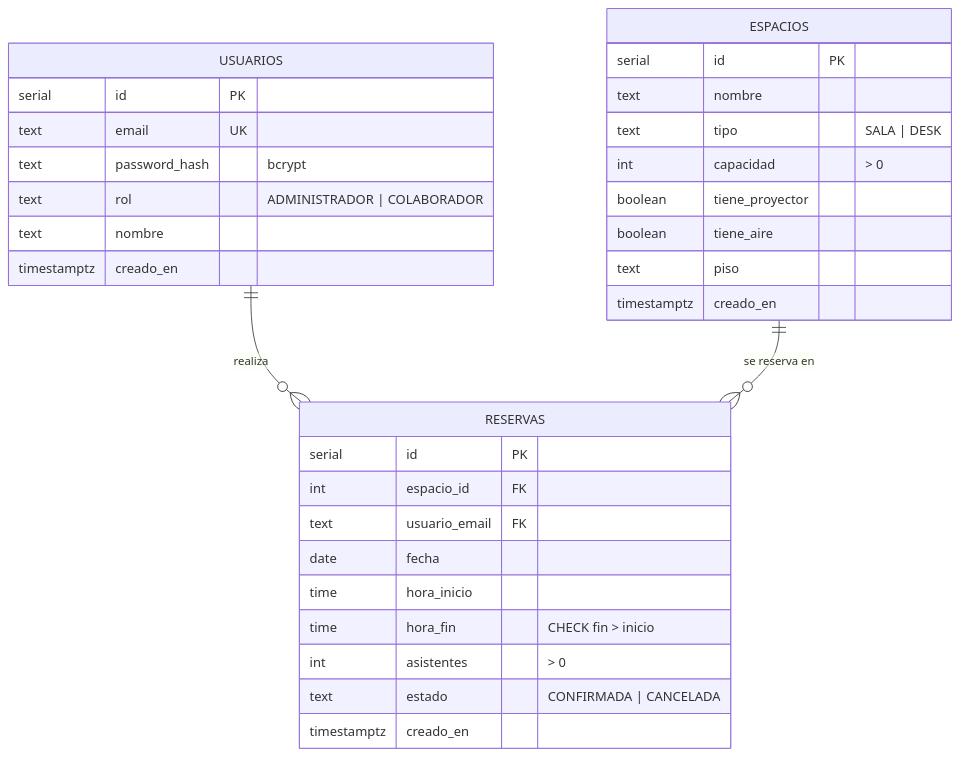
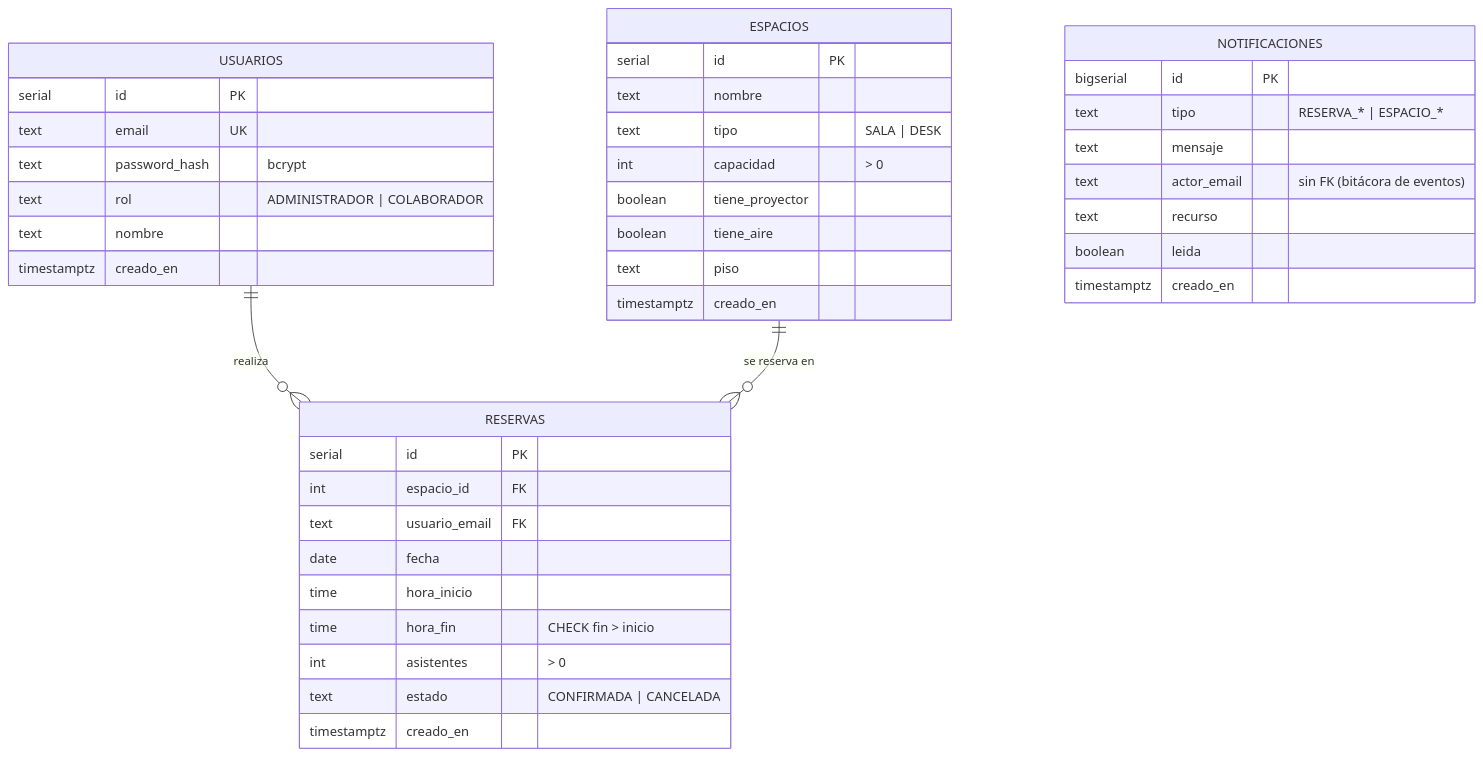
The second of 3 diagrams in docs/ARCHITECTURE.md (eigarciaortega/IBMHackathon2026), drawn with Mermaid before and after one commit. The commit also changed other lines of this file and 3 other files, not shown here.

````diff
--- a/docs/ARCHITECTURE.md
+++ b/docs/ARCHITECTURE.md
@@ -67,37 +67,47 @@
 ```mermaid
 erDiagram
     USUARIOS ||--o{ RESERVAS : "realiza"
     ESPACIOS ||--o{ RESERVAS : "se reserva en"
 
     USUARIOS {
         serial      id PK
         text        email UK
         text        password_hash "bcrypt"
         text        rol "ADMINISTRADOR | COLABORADOR"
         text        nombre
         timestamptz creado_en
     }
 
     ESPACIOS {
         serial      id PK
         text        nombre
         text        tipo "SALA | DESK"
         int         capacidad "> 0"
         boolean     tiene_proyector
         boolean     tiene_aire
         text        piso
         timestamptz creado_en
     }
 
     RESERVAS {
         serial      id PK
         int         espacio_id FK
         text        usuario_email FK
         date        fecha
         time        hora_inicio
         time        hora_fin "CHECK fin > inicio"
         int         asistentes "> 0"
         text        estado "CONFIRMADA | CANCELADA"
         timestamptz creado_en
     }
+
+    NOTIFICACIONES {
+        bigserial   id PK
+        text        tipo "RESERVA_* | ESPACIO_*"
+        text        mensaje
+        text        actor_email "sin FK (bitácora de eventos)"
+        text        recurso
+        boolean     leida
+        timestamptz creado_en
+    }
 ```
````
